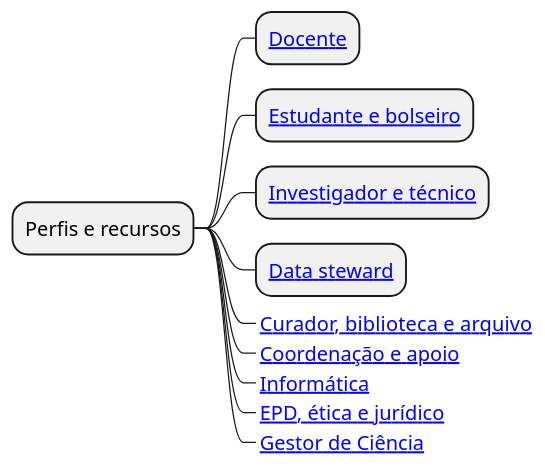
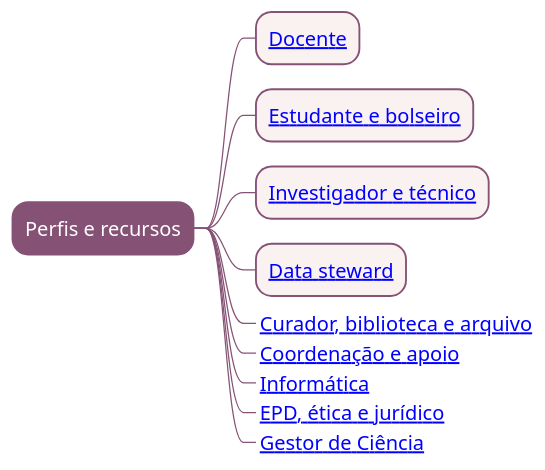
The diagram in diagrams/pathway-perfis-1.puml (nunobett/formigas), drawn with PlantUML before and after one commit. The commit also changed 20 other files, not shown here.

```diff
--- a/diagrams/pathway-perfis-1.puml
+++ b/diagrams/pathway-perfis-1.puml
@@ -1,16 +1,32 @@
 @startmindmap
 skinparam backgroundColor white
 skinparam defaultFontName SansSerif
 skinparam defaultFontSize 16
 skinparam shadowing false
+<style>
+mindmapDiagram {
+  node {
+    BackgroundColor #FAF2F0
+    LineColor #855275
+    FontColor #1F1F1F
+  }
+  rootNode {
+    BackgroundColor #855275
+    FontColor #FFFFFF
+  }
+  arrow {
+    LineColor #855275
+  }
+}
+</style>
 * Perfis e recursos
 ** [[perfis/docente.html Docente]]
 ** [[perfis/estudante.html Estudante e bolseiro]]
 ** [[perfis/investigador.html Investigador e técnico]]
 ** [[perfis/steward.html Data steward]]
 **_ [[perfis/curador.html Curador, biblioteca e arquivo]]
 **_ [[perfis/coordenador.html Coordenação e apoio]]
 **_ [[perfis/informatica.html Informática]]
 **_ [[perfis/epd.html EPD, ética e jurídico]]
 **_ [[perfis/gestor-ciencia.html Gestor de Ciência]]
 @endmindmap
```
